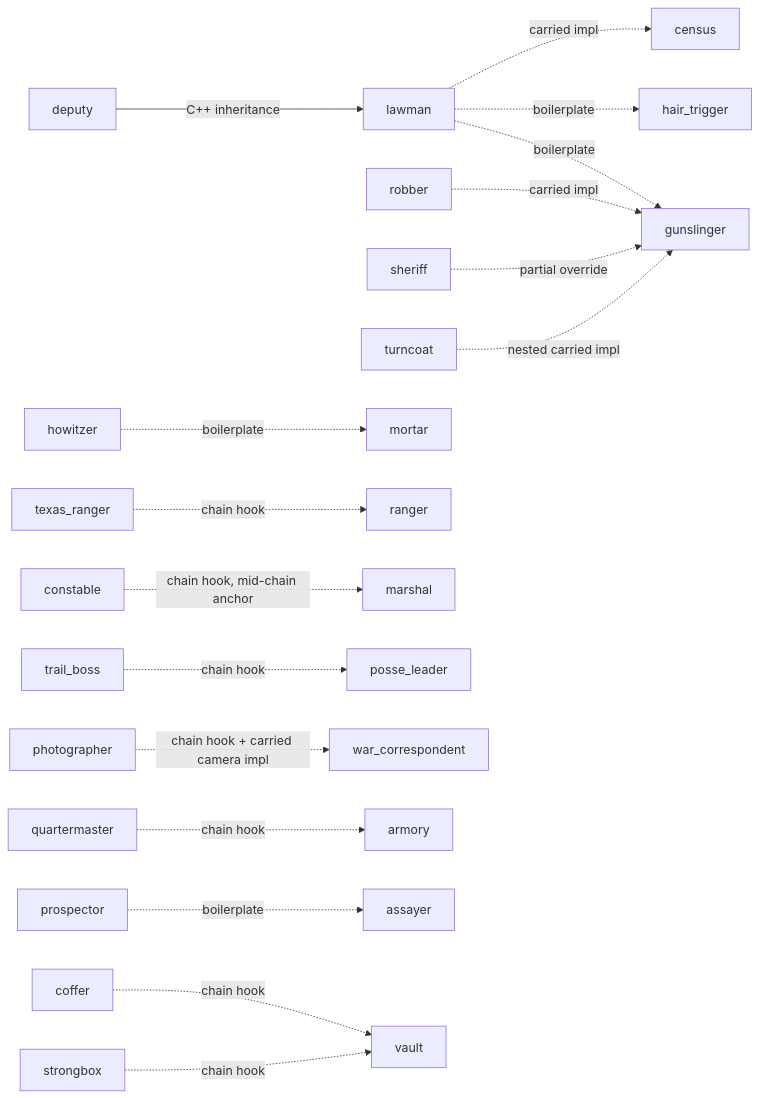
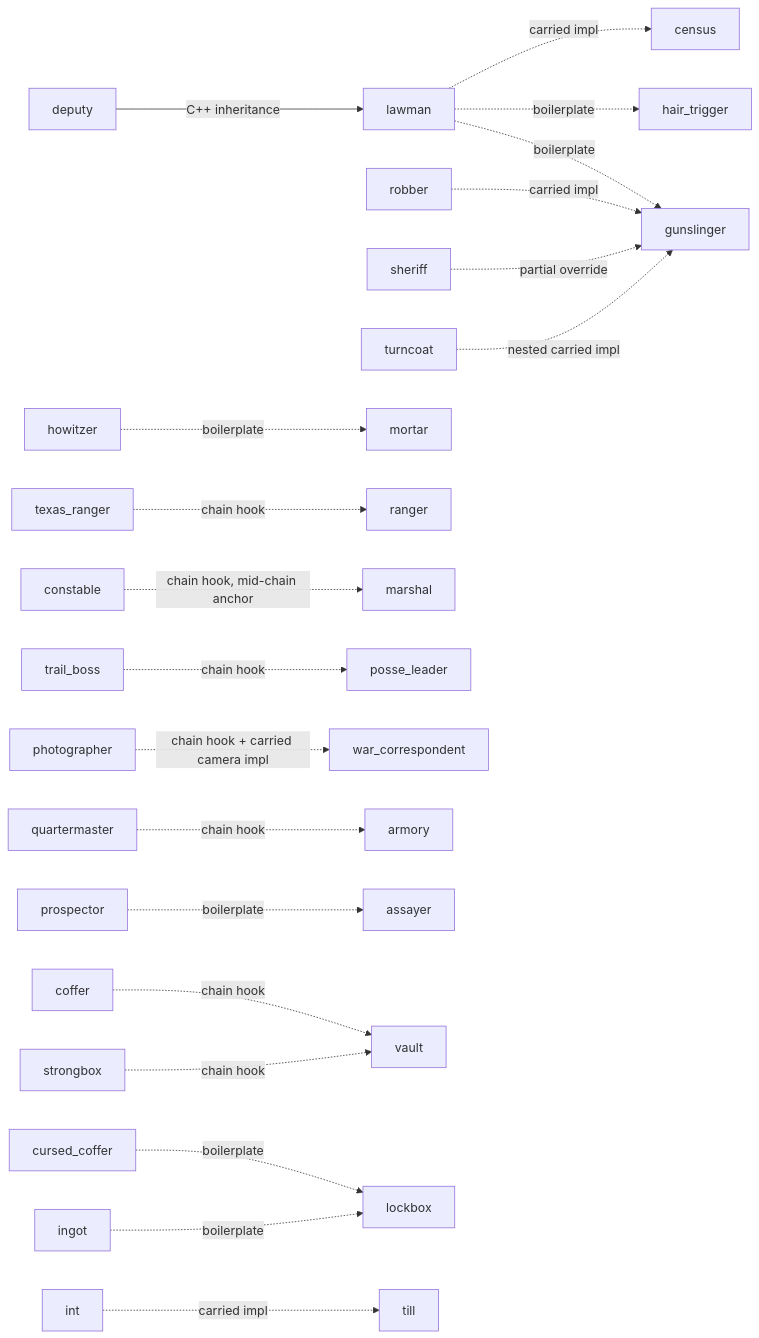
One commit to stevensudit/Corvid changed the eighth of 8 diagrams in corvid/meta/proxy.md. Above: the diagram before and after it, drawn with Mermaid. The commit also changed other lines of this file and 22 other files, not shown here.

````diff
--- a/corvid/meta/proxy.md
+++ b/corvid/meta/proxy.md
@@ -1777,18 +1794,21 @@
 ```mermaid
 flowchart LR
     lawman -.->|boilerplate| gunslinger & hair_trigger
     lawman -.->|carried impl| census
     deputy -->|C++ inheritance| lawman
     robber -.->|carried impl| gunslinger
     sheriff -.->|partial override| gunslinger
     turncoat -.->|nested carried impl| gunslinger
     howitzer -.->|boilerplate| mortar
     texas_ranger -.->|chain hook| ranger
     constable -.->|"chain hook, mid-chain anchor"| marshal
     trail_boss -.->|chain hook| posse_leader
     photographer -.->|"chain hook + carried camera impl"| war_correspondent
     quartermaster -.->|chain hook| armory
     prospector -.->|boilerplate| assayer
     strongbox -.->|chain hook| vault
     coffer -.->|chain hook| vault
+    ingot -.->|boilerplate| lockbox
+    cursed_coffer -.->|boilerplate| lockbox
+    int -.->|carried impl| till
 ```
````
